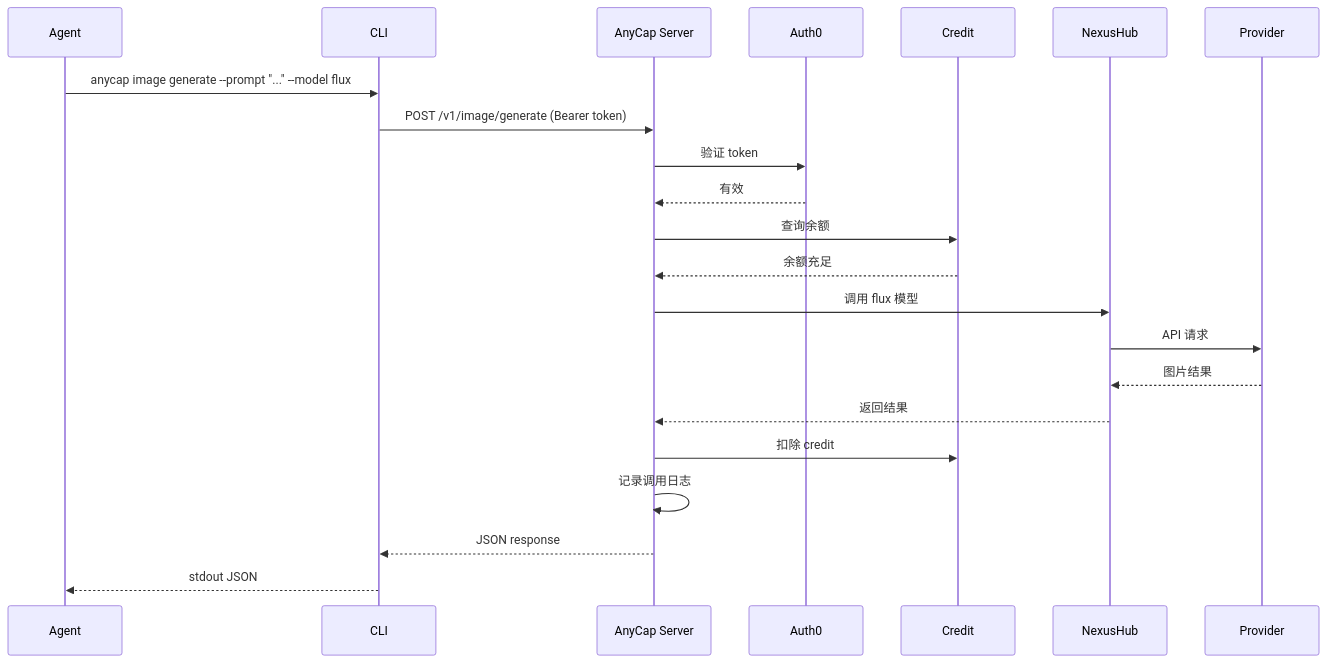
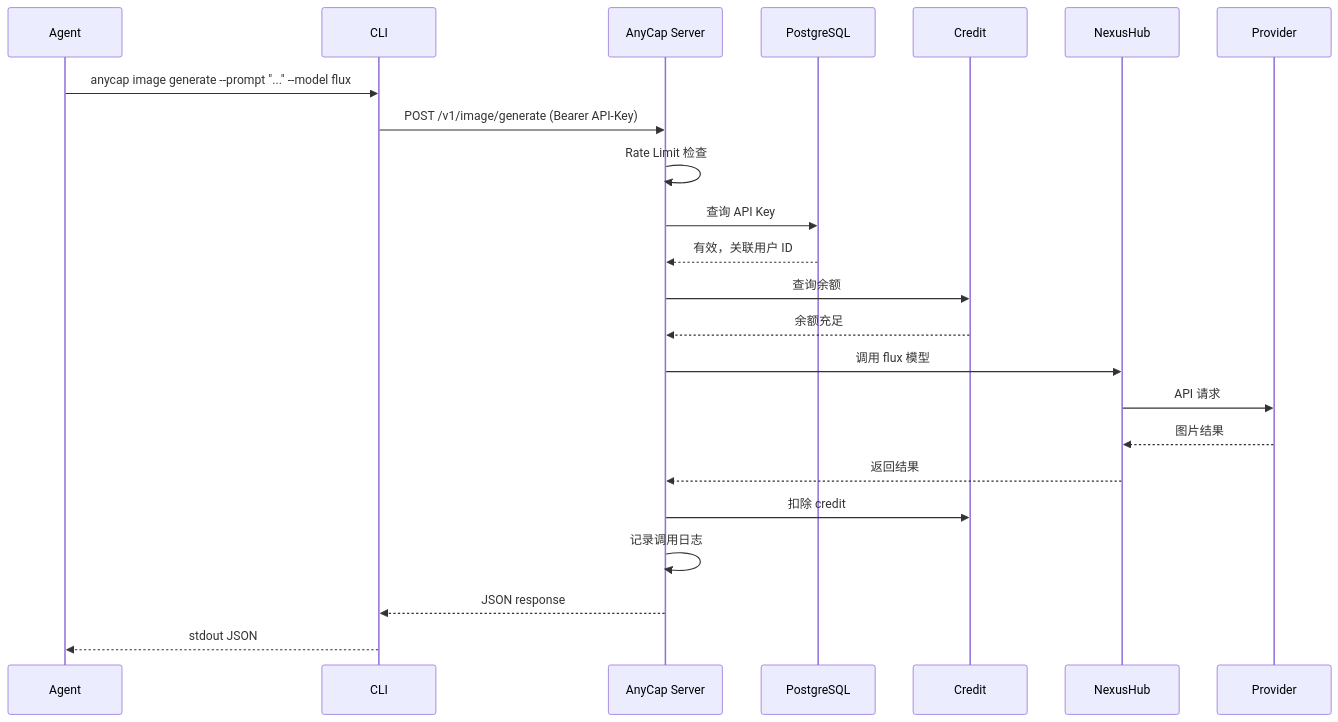
Before and after one commit to anycap-ai/anycap: the second of 6 diagrams in docs/system-architecture.md, drawn with Mermaid. The commit also changed other lines of this file and 1 other file, not shown here.

````diff
--- a/docs/system-architecture.md
+++ b/docs/system-architecture.md
@@ -102,25 +111,26 @@
 ```mermaid
 sequenceDiagram
     participant A as Agent
     participant C as CLI
     participant S as AnyCap Server
-    participant AU as Auth0
+    participant PG as PostgreSQL
     participant CR as Credit
     participant NH as NexusHub
     participant P as Provider
 
     A->>C: anycap image generate --prompt "..." --model flux
-    C->>S: POST /v1/image/generate (Bearer token)
-    S->>AU: 验证 token
-    AU-->>S: 有效
+    C->>S: POST /v1/image/generate (Bearer API-Key)
+    S->>S: Rate Limit 检查
+    S->>PG: 查询 API Key
+    PG-->>S: 有效，关联用户 ID
     S->>CR: 查询余额
     CR-->>S: 余额充足
     S->>NH: 调用 flux 模型
     NH->>P: API 请求
     P-->>NH: 图片结果
     NH-->>S: 返回结果
     S->>CR: 扣除 credit
     S->>S: 记录调用日志
     S-->>C: JSON response
     C-->>A: stdout JSON
 ```
````
